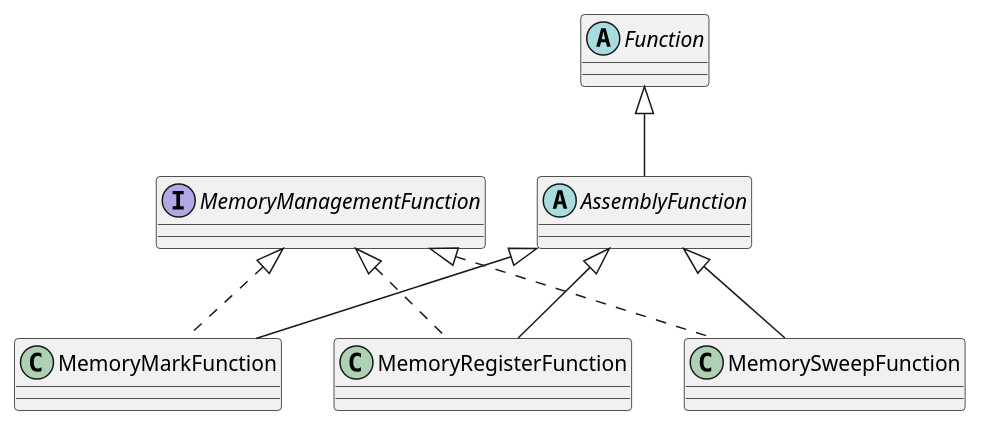
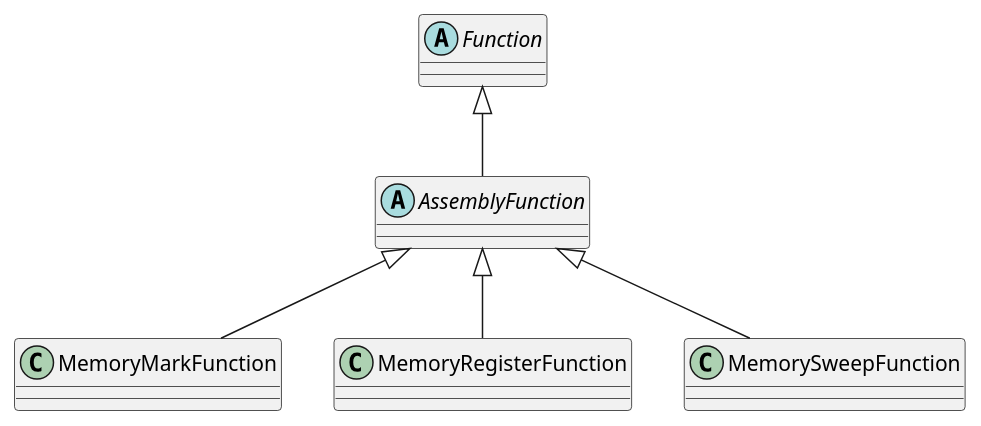
The diagram in docs/diagrams/MemoryManagementFunctions.puml (dykstrom/jcc), drawn with PlantUML before and after one commit. The commit also changed 8 other files, not shown here.

```diff
--- a/docs/diagrams/MemoryManagementFunctions.puml
+++ b/docs/diagrams/MemoryManagementFunctions.puml
@@ -1,22 +1,16 @@
 @startuml
-
-interface MemoryManagementFunction
 
 abstract class Function
 abstract class AssemblyFunction
 
 class MemoryMarkFunction
 class MemoryRegisterFunction
 class MemorySweepFunction
 
-MemoryManagementFunction <|.. MemoryMarkFunction
-MemoryManagementFunction <|.. MemoryRegisterFunction
-MemoryManagementFunction <|.. MemorySweepFunction
-
 Function <|-- AssemblyFunction
 
 AssemblyFunction <|-- MemoryMarkFunction
 AssemblyFunction <|-- MemoryRegisterFunction
 AssemblyFunction <|-- MemorySweepFunction
 
 @enduml
```
